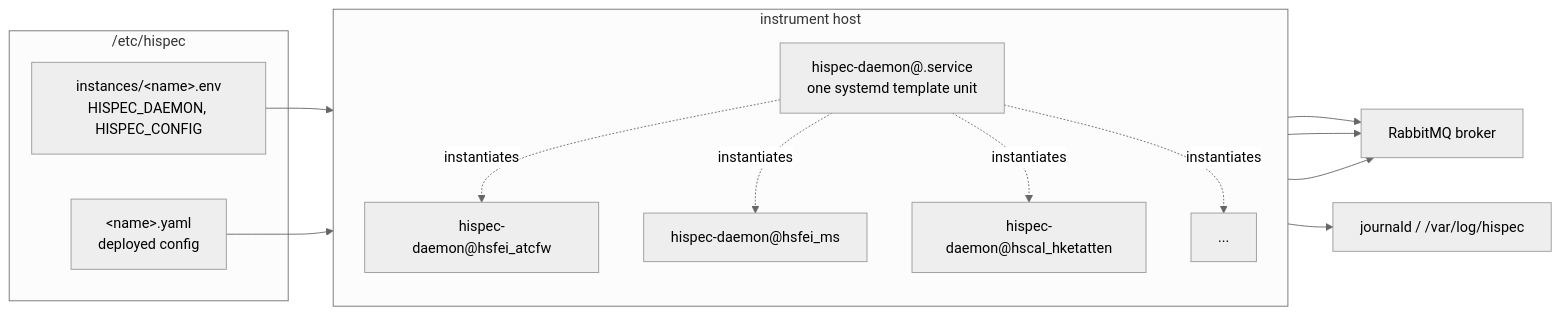
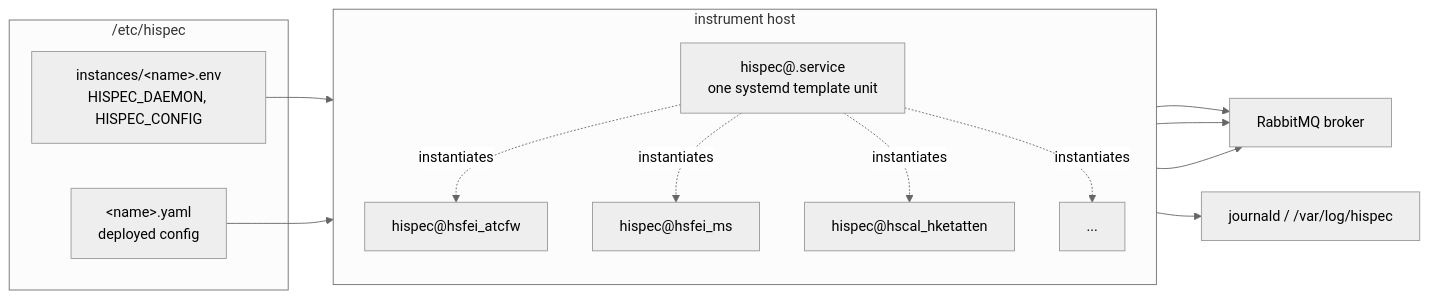
One commit to CaltechOpticalObservatories/hispec changed the second of 3 diagrams in docs/architecture/overview.md. Above: the diagram before and after it, drawn with Mermaid (neutral theme). The commit also changed other lines of this file and 39 other files, not shown here.

Commit message:
Update systemd configuration, rename to hispec@, fix sudo issue (#221)

````diff
--- a/docs/architecture/overview.md
+++ b/docs/architecture/overview.md
@@ -199,27 +199,27 @@
 ```{mermaid}
 flowchart LR
     subgraph host["instrument host"]
         direction TB
-        UNIT["hispec-daemon@.service<br/>one systemd template unit"]
-        I1["hispec-daemon@hsfei_atcfw"]
-        I2["hispec-daemon@hsfei_ms"]
-        I3["hispec-daemon@hscal_hketatten"]
+        UNIT["hispec@.service<br/>one systemd template unit"]
+        I1["hispec@hsfei_atcfw"]
+        I2["hispec@hsfei_ms"]
+        I3["hispec@hscal_hketatten"]
         IN["..."]
         UNIT -.instantiates.-> I1
         UNIT -.instantiates.-> I2
         UNIT -.instantiates.-> I3
         UNIT -.instantiates.-> IN
     end
 
     subgraph etc["/etc/hispec"]
         ENV["instances/&lt;name&gt;.env<br/>HISPEC_DAEMON, HISPEC_CONFIG"]
         YML["&lt;name&gt;.yaml<br/>deployed config"]
     end
 
     ENV --> I1
     YML --> I1
     I1 --> BROKER["RabbitMQ broker"]
     I2 --> BROKER
     I3 --> BROKER
     I1 --> JOURNAL["journald / /var/log/hispec"]
 ```
````
